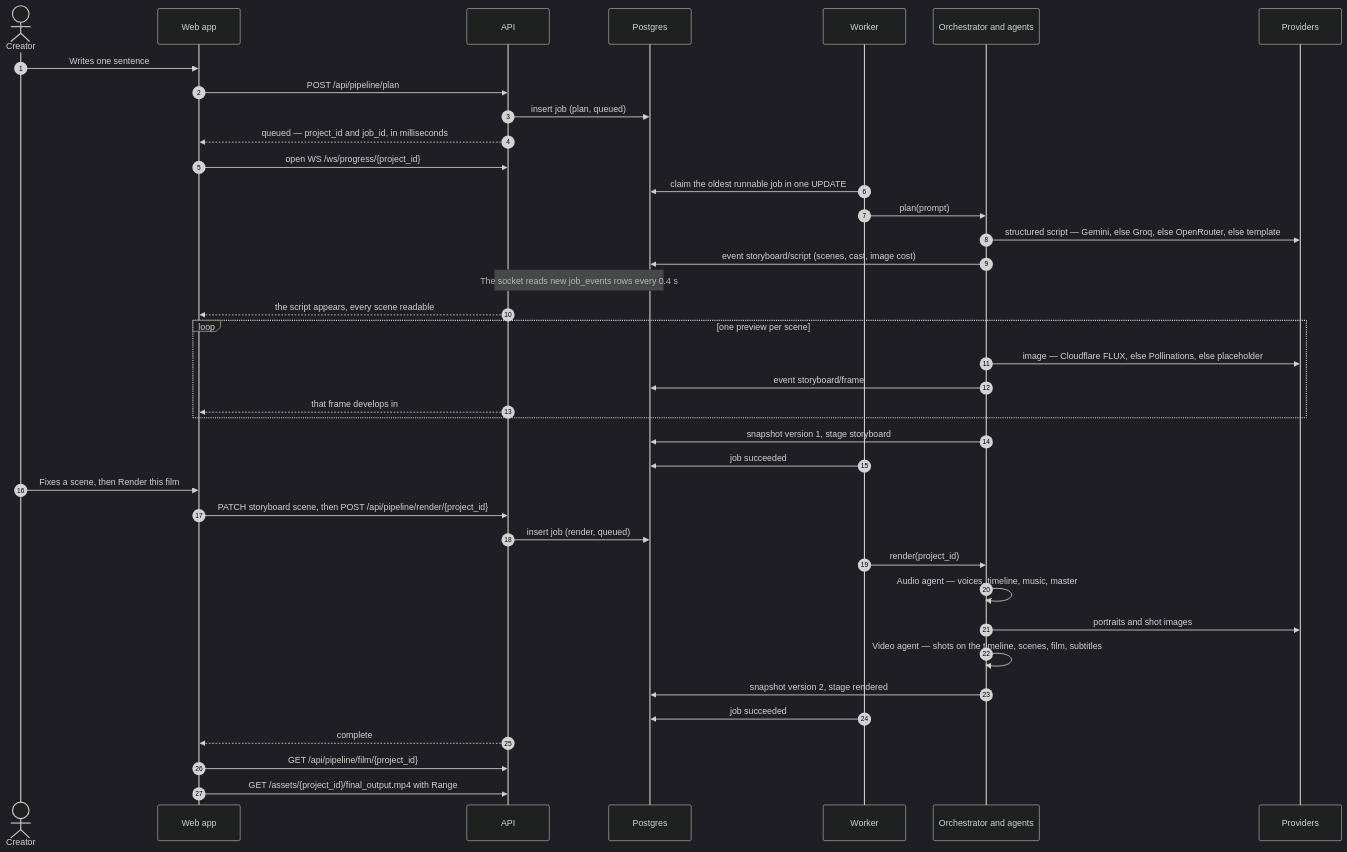
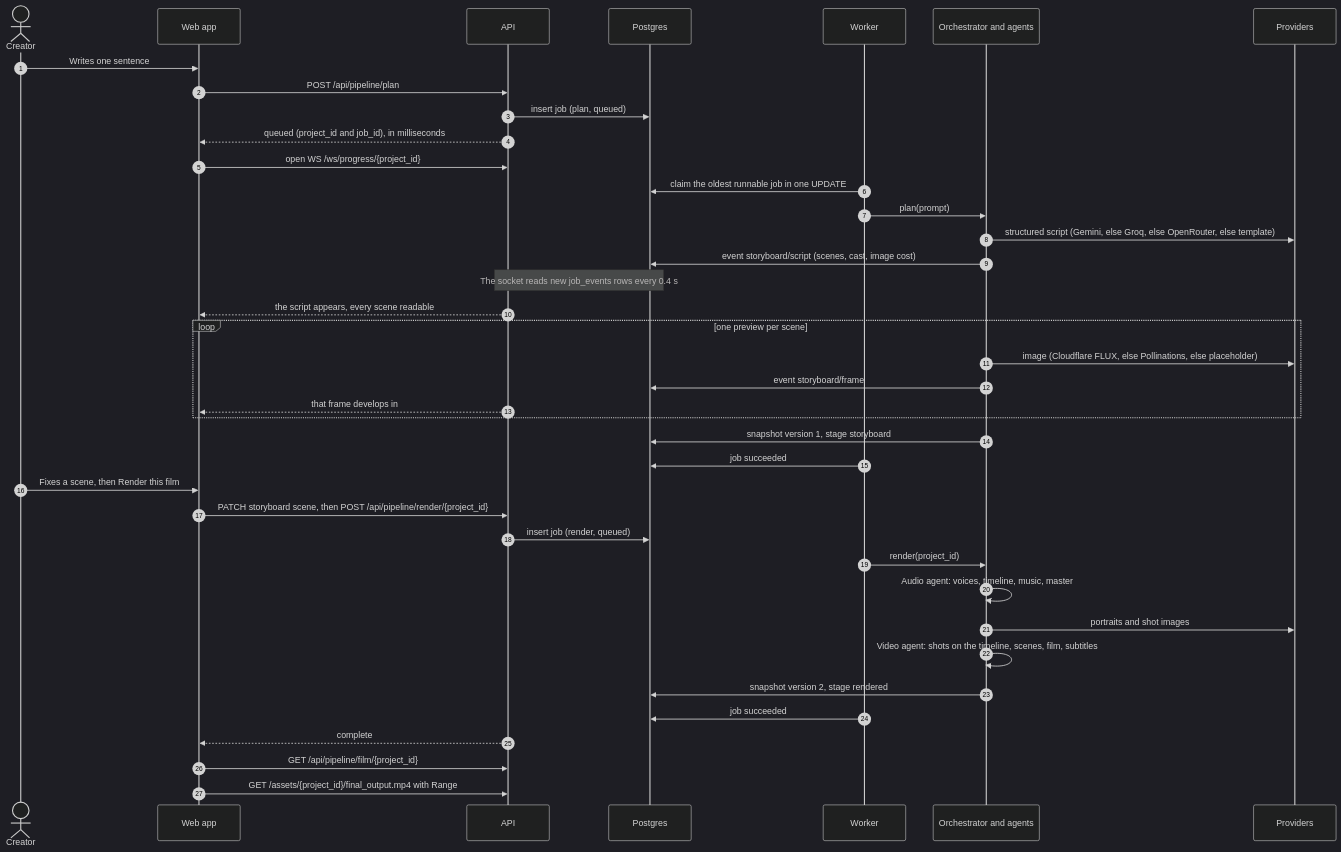
Before and after one commit to SaadAbdullaH3/Automated-Story-Generation: the fourth of 10 diagrams in docs/ARCHITECTURE.md, drawn with Mermaid (dark theme). The commit also changed other lines of this file and 16 other files, not shown here.

````diff
--- a/docs/ARCHITECTURE.md
+++ b/docs/ARCHITECTURE.md
@@ -183,43 +183,43 @@
 ```mermaid
 sequenceDiagram
     autonumber
     actor C as Creator
     participant W as Web app
     participant A as API
     participant DB as Postgres
     participant K as Worker
     participant O as Orchestrator and agents
     participant P as Providers
 
     C->>W: Writes one sentence
     W->>A: POST /api/pipeline/plan
     A->>DB: insert job (plan, queued)
-    A-->>W: queued — project_id and job_id, in milliseconds
+    A-->>W: queued (project_id and job_id), in milliseconds
     W->>A: open WS /ws/progress/{project_id}
     K->>DB: claim the oldest runnable job in one UPDATE
     K->>O: plan(prompt)
-    O->>P: structured script — Gemini, else Groq, else OpenRouter, else template
+    O->>P: structured script (Gemini, else Groq, else OpenRouter, else template)
     O->>DB: event storyboard/script (scenes, cast, image cost)
     Note over A,DB: The socket reads new job_events rows every 0.4 s
     A-->>W: the script appears, every scene readable
     loop one preview per scene
-        O->>P: image — Cloudflare FLUX, else Pollinations, else placeholder
+        O->>P: image (Cloudflare FLUX, else Pollinations, else placeholder)
         O->>DB: event storyboard/frame
         A-->>W: that frame develops in
     end
     O->>DB: snapshot version 1, stage storyboard
     K->>DB: job succeeded
 
     C->>W: Fixes a scene, then Render this film
     W->>A: PATCH storyboard scene, then POST /api/pipeline/render/{project_id}
     A->>DB: insert job (render, queued)
     K->>O: render(project_id)
-    O->>O: Audio agent — voices, timeline, music, master
+    O->>O: Audio agent: voices, timeline, music, master
     O->>P: portraits and shot images
-    O->>O: Video agent — shots on the timeline, scenes, film, subtitles
+    O->>O: Video agent: shots on the timeline, scenes, film, subtitles
     O->>DB: snapshot version 2, stage rendered
     K->>DB: job succeeded
     A-->>W: complete
     W->>A: GET /api/pipeline/film/{project_id}
     W->>A: GET /assets/{project_id}/final_output.mp4 with Range
 ```
````
